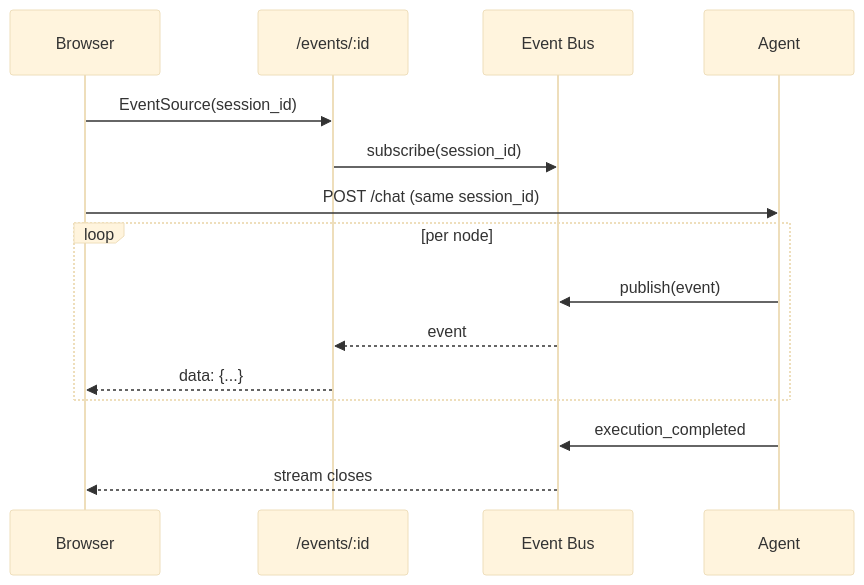
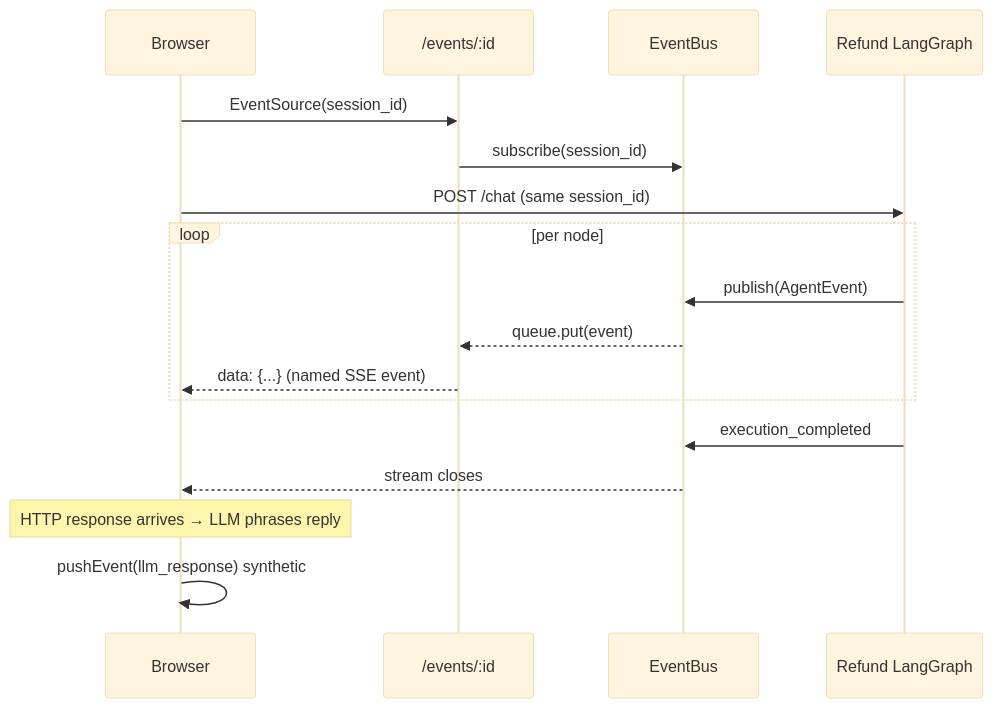
The fifth of 6 diagrams in docs/ARCHITECTURE.md (nihal-tariq/refundflow), drawn with Mermaid (base theme) before and after one commit. The commit also changed other lines of this file and 13 other files, not shown here.

````diff
--- a/docs/ARCHITECTURE.md
+++ b/docs/ARCHITECTURE.md
@@ -127,18 +170,20 @@
 ```mermaid
 sequenceDiagram
     participant UI as Browser
     participant SSE as /events/:id
-    participant BUS as Event Bus
-    participant AG as Agent
+    participant BUS as EventBus
+    participant AG as Refund LangGraph
 
     UI->>SSE: EventSource(session_id)
     SSE->>BUS: subscribe(session_id)
     UI->>AG: POST /chat (same session_id)
     loop per node
-        AG->>BUS: publish(event)
-        BUS-->>SSE: event
-        SSE-->>UI: data: {...}
+        AG->>BUS: publish(AgentEvent)
+        BUS-->>SSE: queue.put(event)
+        SSE-->>UI: data: {...} (named SSE event)
     end
     AG->>BUS: execution_completed
     BUS-->>UI: stream closes
+    Note over UI: HTTP response arrives → LLM phrases reply
+    UI->>UI: pushEvent(llm_response) synthetic
 ```
````
